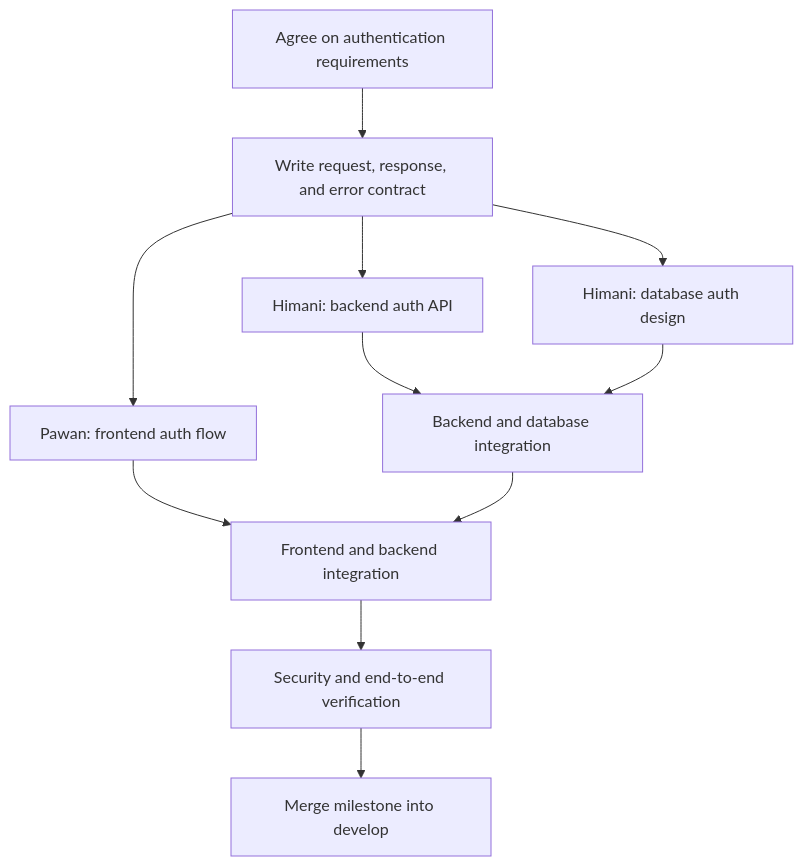
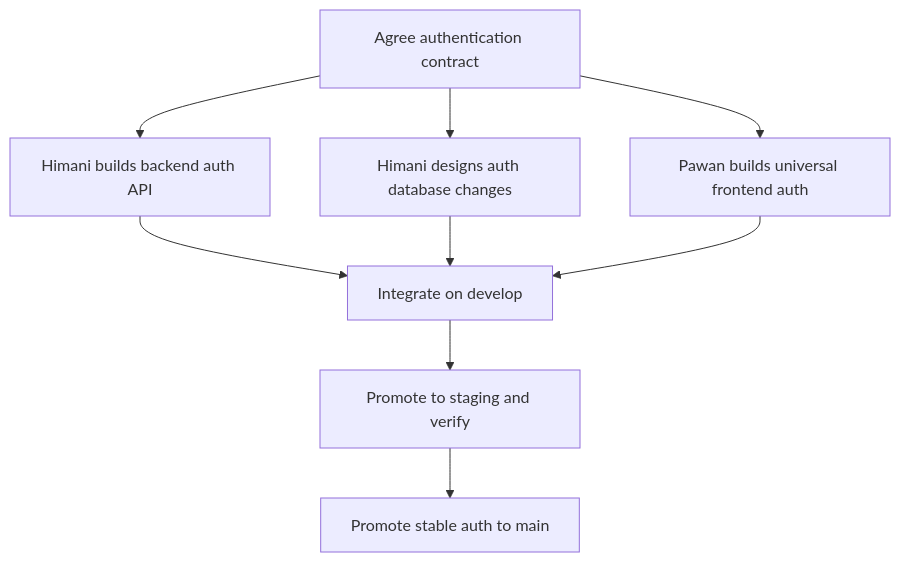
The fourth of 5 diagrams in docs/TEAM_DEVELOPMENT_GUIDE.md (Pawankshetri11/Ordino), drawn with Mermaid before and after one commit. The commit also changed other lines of this file and 2 other files, not shown here.

````diff
--- a/docs/TEAM_DEVELOPMENT_GUIDE.md
+++ b/docs/TEAM_DEVELOPMENT_GUIDE.md
@@ -234,13 +292,11 @@
 ```mermaid
 flowchart TD
-    A[Agree on authentication requirements] --> B[Write request, response, and error contract]
-    B --> C1[Pawan: frontend auth flow]
-    B --> C2[Himani: backend auth API]
-    B --> C3[Himani: database auth design]
-    C2 --> D[Backend and database integration]
-    C3 --> D
-    C1 --> E[Frontend and backend integration]
-    D --> E
-    E --> F[Security and end-to-end verification]
-    F --> G[Merge milestone into develop]
+    A[Agree authentication contract] --> P[Pawan builds universal frontend auth]
+    A --> H1[Himani builds backend auth API]
+    A --> H2[Himani designs auth database changes]
+    H1 --> I[Integrate on develop]
+    H2 --> I
+    P --> I
+    I --> S[Promote to staging and verify]
+    S --> M[Promote stable auth to main]
 ```
````
